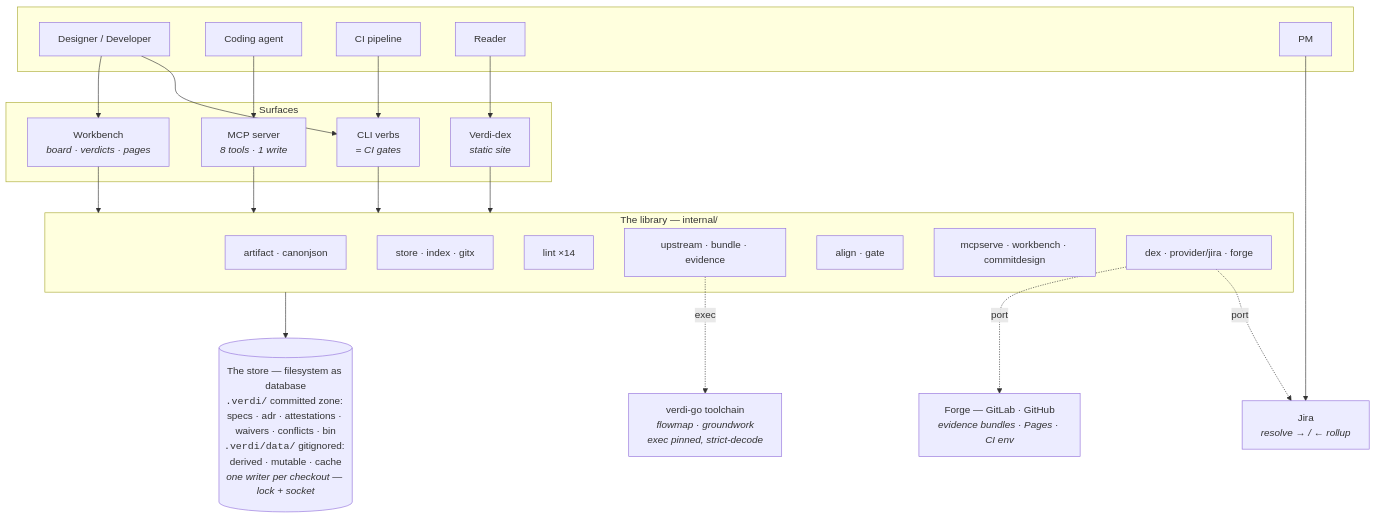
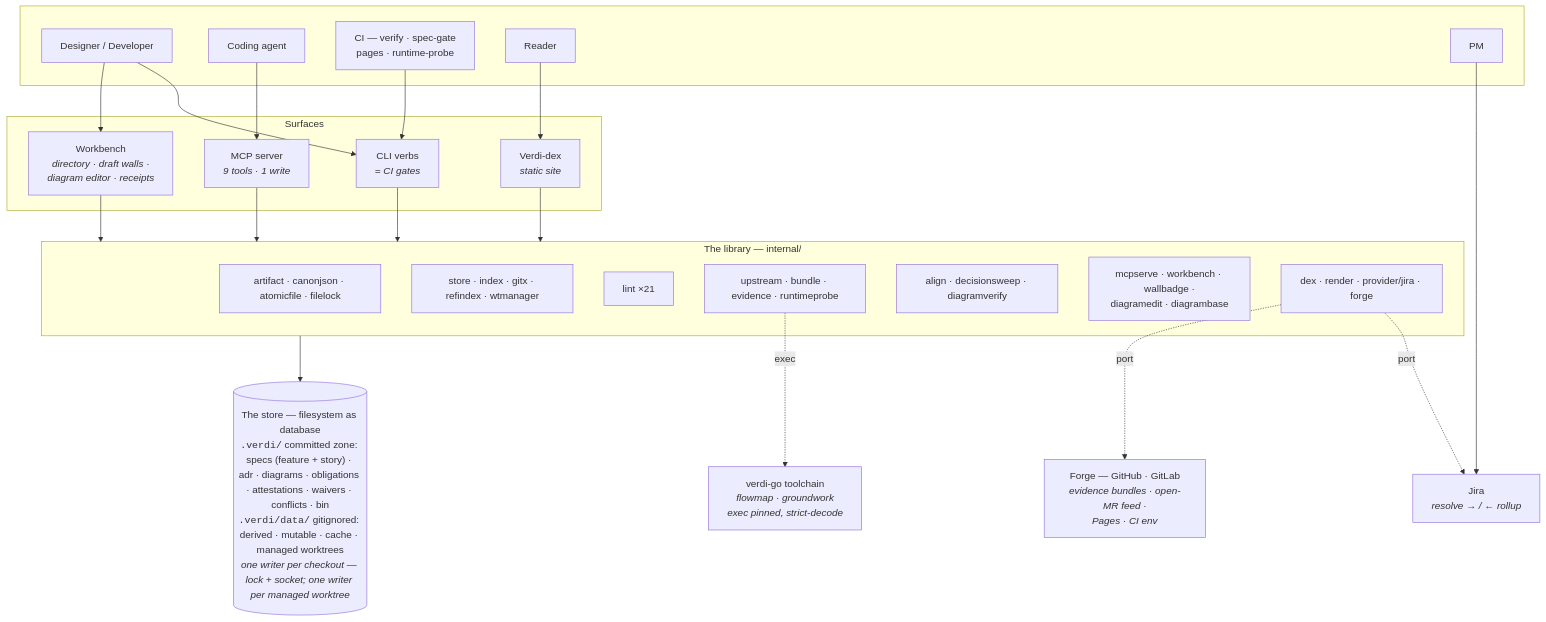
The first of 3 diagrams in docs/architecture-and-journeys.md (jyang234/verdi), drawn with Mermaid before and after one commit. The commit also changed other lines of this file and 1 other file, not shown here.

````diff
--- a/docs/architecture-and-journeys.md
+++ b/docs/architecture-and-journeys.md
@@ -34,50 +47,50 @@
 ```mermaid
 flowchart TD
     subgraph actors [" "]
         DEV["Designer / Developer"]
         AGENT["Coding agent"]
-        CI["CI pipeline"]
+        CI["CI — verify · spec-gate<br/>pages · runtime-probe"]
         READER["Reader"]
         PM["PM"]
     end
 
     subgraph surfaces ["Surfaces"]
-        WB["Workbench<br/><i>board · verdicts · pages</i>"]
-        MCP["MCP server<br/><i>8 tools · 1 write</i>"]
+        WB["Workbench<br/><i>directory · draft walls ·<br/>diagram editor · receipts</i>"]
+        MCP["MCP server<br/><i>9 tools · 1 write</i>"]
         CLI["CLI verbs<br/><i>= CI gates</i>"]
         DEX["Verdi-dex<br/><i>static site</i>"]
     end
 
     subgraph lib ["The library — internal/"]
-        L1["artifact · canonjson"]
-        L2["store · index · gitx"]
-        L3["lint ×14"]
-        L4["upstream · bundle · evidence"]
-        L5["align · gate"]
-        L6["mcpserve · workbench · commitdesign"]
-        L7["dex · provider/jira · forge"]
+        L1["artifact · canonjson · atomicfile · filelock"]
+        L2["store · index · gitx · refindex · wtmanager"]
+        L3["lint ×21"]
+        L4["upstream · bundle · evidence · runtimeprobe"]
+        L5["align · decisionsweep · diagramverify"]
+        L6["mcpserve · workbench · wallbadge ·<br/>diagramedit · diagrambase"]
+        L7["dex · render · provider/jira · forge"]
     end
 
-    STORE[("The store — filesystem as database<br/><code>.verdi/</code> committed zone: specs · adr · attestations · waivers · conflicts · bin<br/><code>.verdi/data/</code> gitignored: derived · mutable · cache<br/><i>one writer per checkout — lock + socket</i>")]
+    STORE[("The store — filesystem as database<br/><code>.verdi/</code> committed zone: specs (feature + story) · adr · diagrams · obligations · attestations · waivers · conflicts · bin<br/><code>.verdi/data/</code> gitignored: derived · mutable · cache · managed worktrees<br/><i>one writer per checkout — lock + socket; one writer per managed worktree</i>")]
 
     TOOLCHAIN["verdi-go toolchain<br/><i>flowmap · groundwork<br/>exec pinned, strict-decode</i>"]
-    FORGE["Forge — GitLab · GitHub<br/><i>evidence bundles · Pages · CI env</i>"]
+    FORGE["Forge — GitHub · GitLab<br/><i>evidence bundles · open-MR feed ·<br/>Pages · CI env</i>"]
     JIRA["Jira<br/><i>resolve → / ← rollup</i>"]
 
     DEV --> WB
     DEV --> CLI
     AGENT --> MCP
     CI --> CLI
     READER --> DEX
     PM --> JIRA
 
     WB --> lib
     MCP --> lib
     CLI --> lib
     DEX --> lib
     lib --> STORE
 
     L4 -.exec.-> TOOLCHAIN
     L7 -.port.-> FORGE
     L7 -.port.-> JIRA
 ```
````
